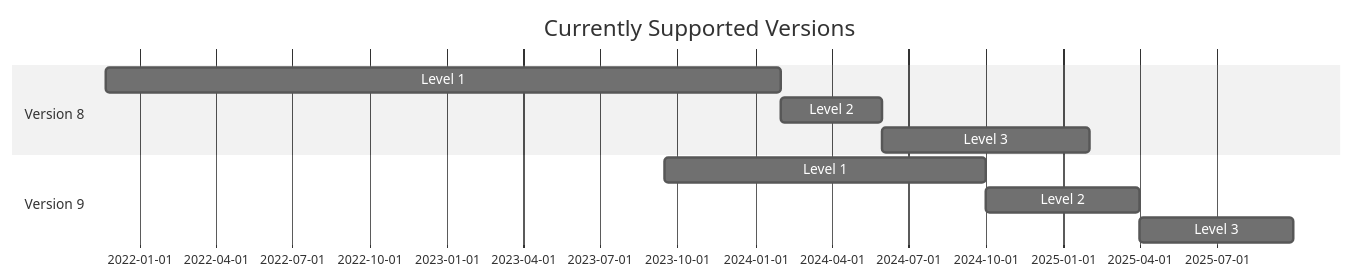
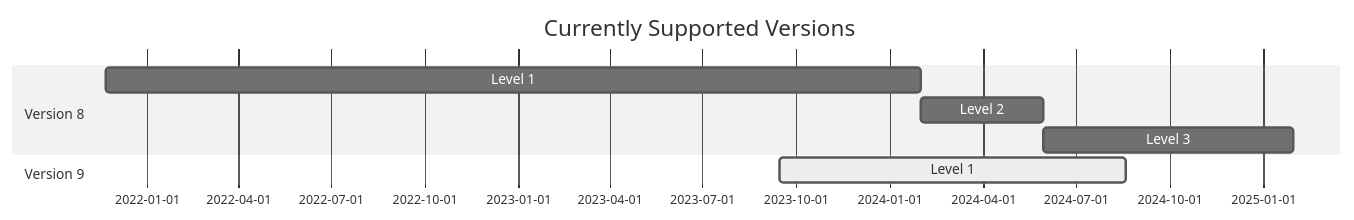
Before and after one commit to Adyen/adyen-magento2: the diagram in README.md, drawn with Mermaid (neutral theme). The commit also changed other lines of this file, not shown here.

````diff
--- a/README.md
+++ b/README.md
@@ -43,13 +43,11 @@
 ```mermaid
 gantt
     title Currently Supported Versions
     dateFormat  YYYY-MM-DD   
     section Version 8
     Level 1   :l81, 2021-11-22, 2024-01-31
     Level 2   :l82, after l81, 2024-05-30
     Level 3   :l83, after l82, 2025-01-31
     section Version 9
-    Level 1   :l91, 2023-09-15, 2024-09-30
-    Level 2   :l92, after l91, 2025-03-31
-    Level 3   :l93, after l92, 2025-09-30
+    Level 1   :active, l91, 2023-09-15, until l92
 ```
````
